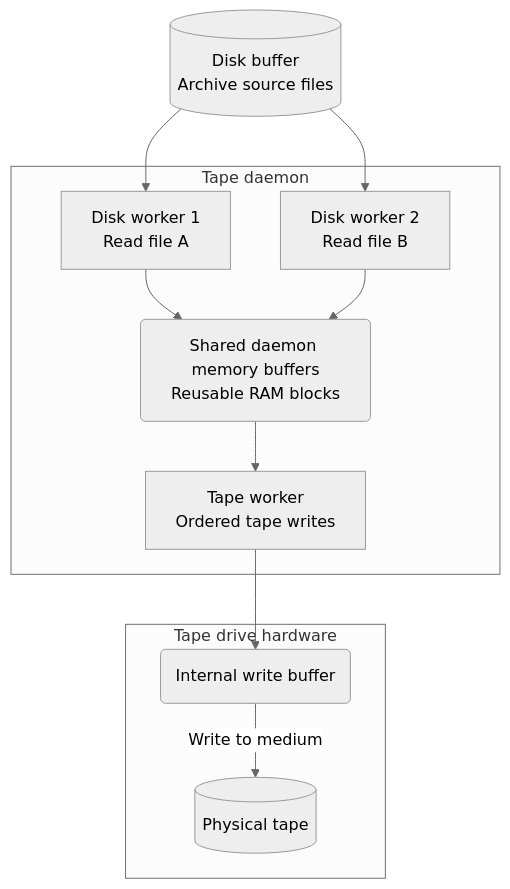
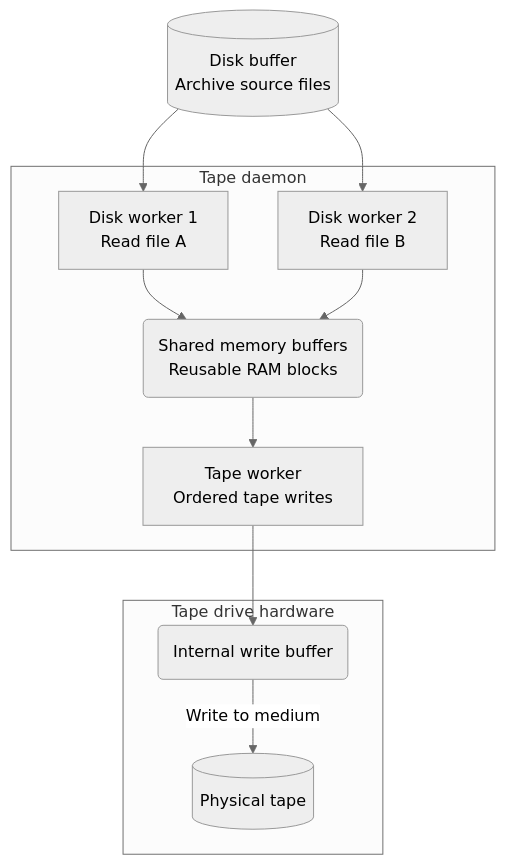
The second of 3 diagrams in docs/content/concepts/components/tape-daemon.md (cern-cta/CTA), drawn with Mermaid (neutral theme) before and after one commit. The commit also changed other lines of this file and 2 other files, not shown here.

````diff
--- a/docs/content/concepts/components/tape-daemon.md
+++ b/docs/content/concepts/components/tape-daemon.md
@@ -378,21 +424,21 @@
 ```mermaid
 flowchart TB
     disk[("Disk buffer<br/>Archive source files")]
     subgraph daemon["Tape daemon"]
         reader1["Disk worker 1<br/>Read file A"]
         reader2["Disk worker 2<br/>Read file B"]
-        memory("Shared daemon memory buffers<br/>Reusable RAM blocks")
+        memory("Shared memory buffers<br/>Reusable RAM blocks")
         writer["Tape worker<br/>Ordered tape writes"]
         reader1 --> memory
         reader2 --> memory
         memory --> writer
     end
     subgraph drive["Tape drive hardware"]
         buffer("Internal write buffer")
         tape[("Physical tape")]
         buffer -->|Write to medium| tape
     end
     disk --> reader1
     disk --> reader2
     writer --> buffer
 ```
````
